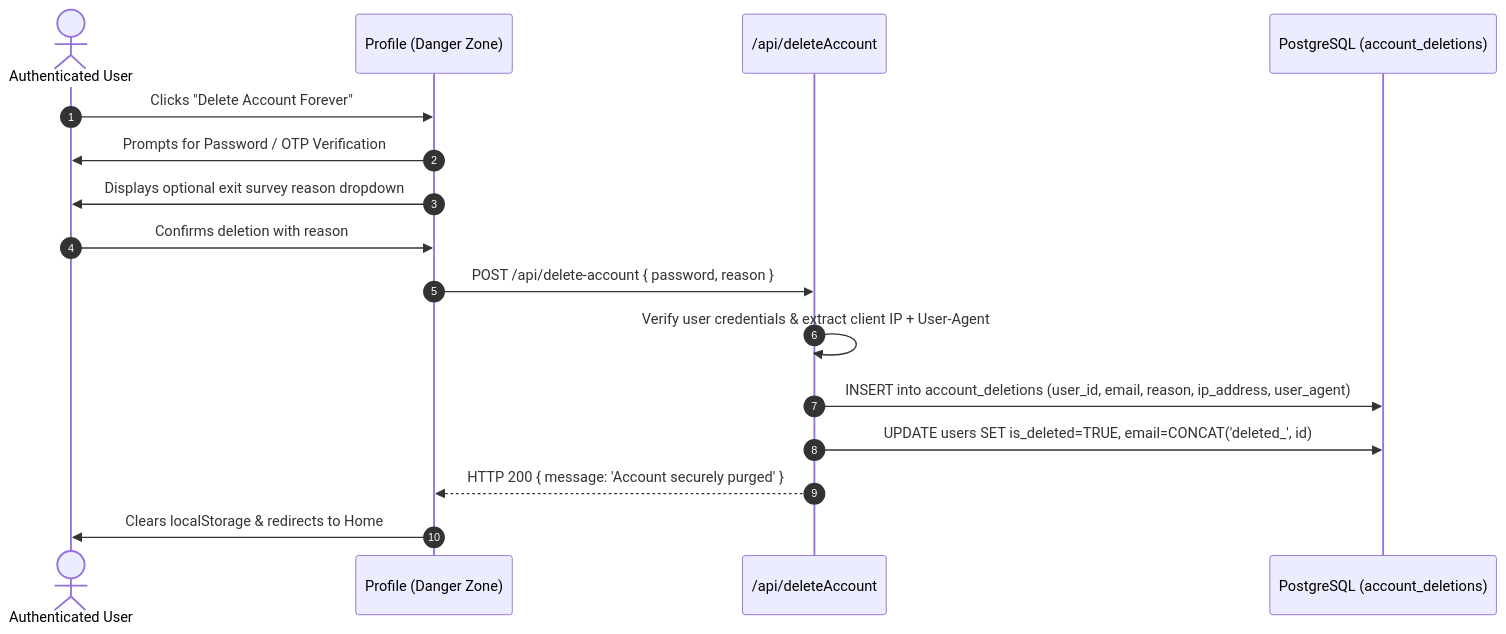
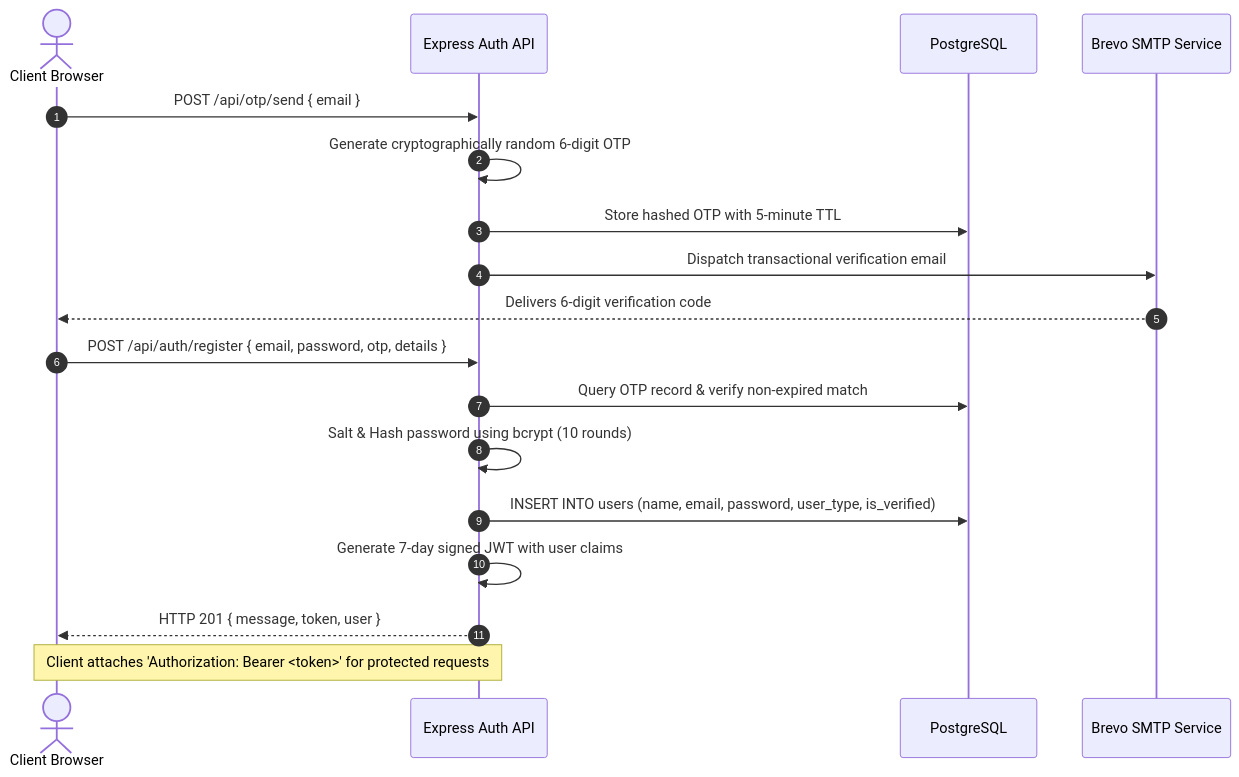
The fourth of 5 diagrams in README.md (sun2004ny/Bada_Builder), drawn with Mermaid before and after one commit. The commit also changed other lines of this file, not shown here.

````diff
--- a/README.md
+++ b/README.md
@@ -333,19 +360,22 @@
 ```mermaid
 sequenceDiagram
     autonumber
-    actor User as Authenticated User
-    participant App as Profile (Danger Zone)
-    participant API as /api/deleteAccount
-    participant DB as PostgreSQL (account_deletions)
+    actor User as Client Browser
+    participant API as Express Auth API
+    participant DB as PostgreSQL
+    participant Mail as Brevo SMTP Service
 
-    User->>App: Clicks "Delete Account Forever"
-    App->>User: Prompts for Password / OTP Verification
-    App->>User: Displays optional exit survey reason dropdown
-    User->>App: Confirms deletion with reason
-    App->>API: POST /api/delete-account { password, reason }
-    API->>API: Verify user credentials & extract client IP + User-Agent
-    API->>DB: INSERT into account_deletions (user_id, email, reason, ip_address, user_agent)
-    API->>DB: UPDATE users SET is_deleted=TRUE, email=CONCAT('deleted_', id)
-    API-->>App: HTTP 200 { message: 'Account securely purged' }
-    App->>User: Clears localStorage & redirects to Home
+    User->>API: POST /api/otp/send { email }
+    API->>API: Generate cryptographically random 6-digit OTP
+    API->>DB: Store hashed OTP with 5-minute TTL
+    API->>Mail: Dispatch transactional verification email
+    Mail-->>User: Delivers 6-digit verification code
+
+    User->>API: POST /api/auth/register { email, password, otp, details }
+    API->>DB: Query OTP record & verify non-expired match
+    API->>API: Salt & Hash password using bcrypt (10 rounds)
+    API->>DB: INSERT INTO users (name, email, password, user_type, is_verified)
+    API->>API: Generate 7-day signed JWT with user claims
+    API-->>User: HTTP 201 { message, token, user }
+    Note over User,API: Client attaches 'Authorization: Bearer <token>' for protected requests
 ```
````
